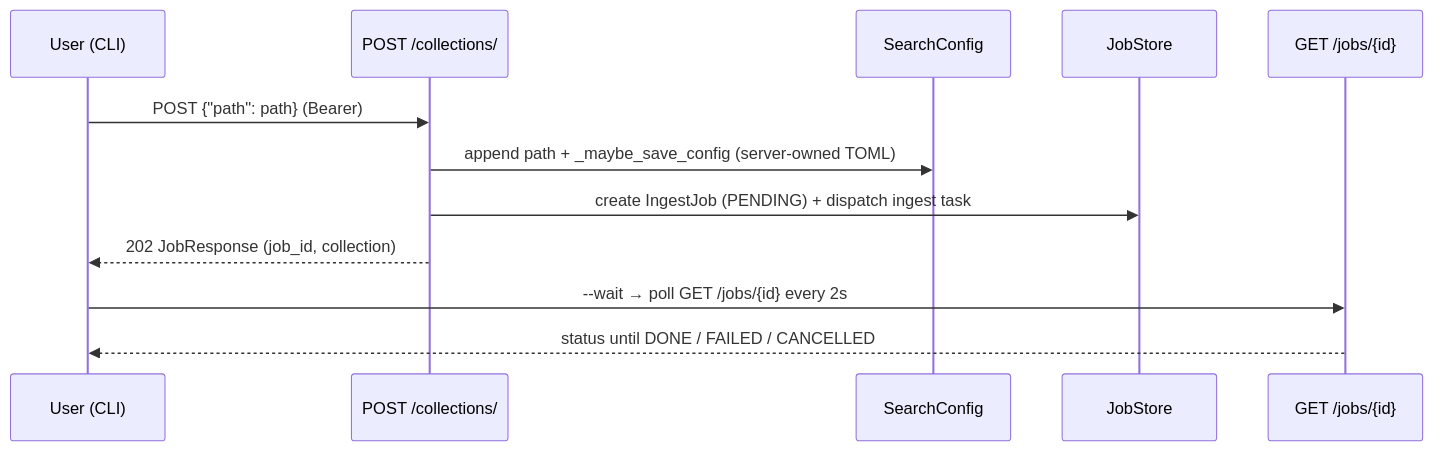
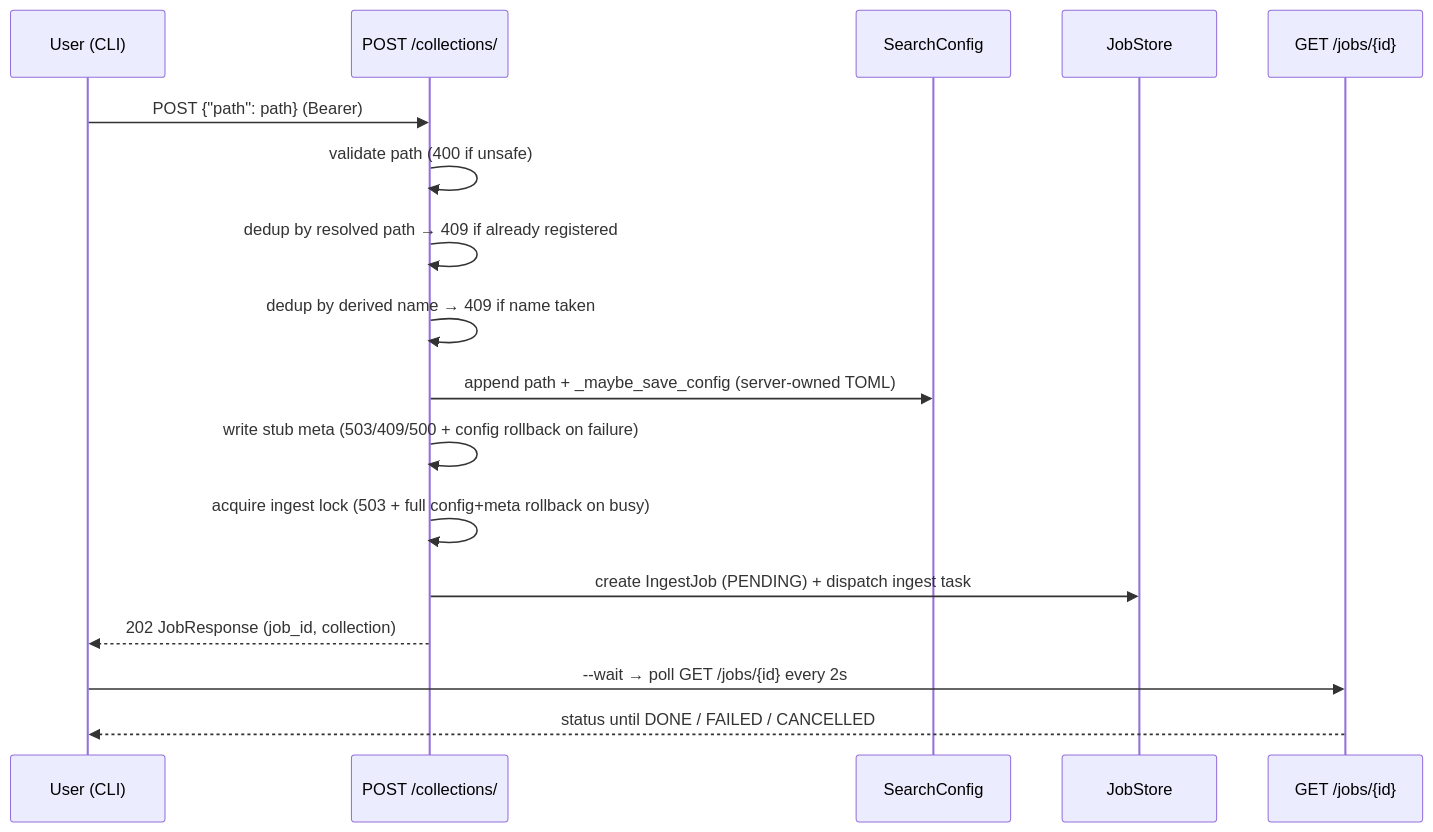
One commit to user538295/archon-search changed the second of 2 diagrams in Documentation/Backlog/2026-07-15-220-collection-add-async-team-plan.md. Above: the diagram before and after it, drawn with Mermaid. The commit also changed other lines of this file and 11 other files, not shown here.

````diff
--- a/Documentation/Backlog/2026-07-15-220-collection-add-async-team-plan.md
+++ b/Documentation/Backlog/2026-07-15-220-collection-add-async-team-plan.md
@@ -169,15 +169,20 @@
 ```mermaid
 sequenceDiagram
   participant U as User (CLI)
   participant EP as POST /collections/
   participant CFG as SearchConfig
   participant JS as JobStore
   participant P as GET /jobs/{id}
 
   U->>EP: POST {"path": path} (Bearer)
+  EP->>EP: validate path (400 if unsafe)
+  EP->>EP: dedup by resolved path → 409 if already registered
+  EP->>EP: dedup by derived name → 409 if name taken
   EP->>CFG: append path + _maybe_save_config (server-owned TOML)
+  EP->>EP: write stub meta (503/409/500 + config rollback on failure)
+  EP->>EP: acquire ingest lock (503 + full config+meta rollback on busy)
   EP->>JS: create IngestJob (PENDING) + dispatch ingest task
   EP-->>U: 202 JobResponse (job_id, collection)
   U->>P: --wait → poll GET /jobs/{id} every 2s
   P-->>U: status until DONE / FAILED / CANCELLED
 ```
````
